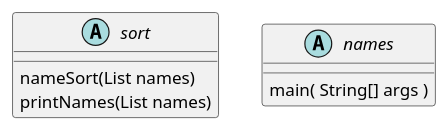
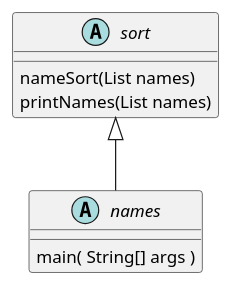
One commit to patrickmac123/mac-cop3303-assignment3 changed the diagram in src/main/java/org/example/ex41/ex41.puml. Above: the diagram before and after it, drawn with PlantUML. The commit also changed 2 other files, not shown here.

```diff
--- a/src/main/java/org/example/ex41/ex41.puml
+++ b/src/main/java/org/example/ex41/ex41.puml
@@ -1,13 +1,13 @@
 @startuml
 abstract sort
 {
     nameSort(List names)
     printNames(List names)
 }
 
 abstract names
 {
     main( String[] args )
 }
-
+sort <|-- names
 @enduml
```
